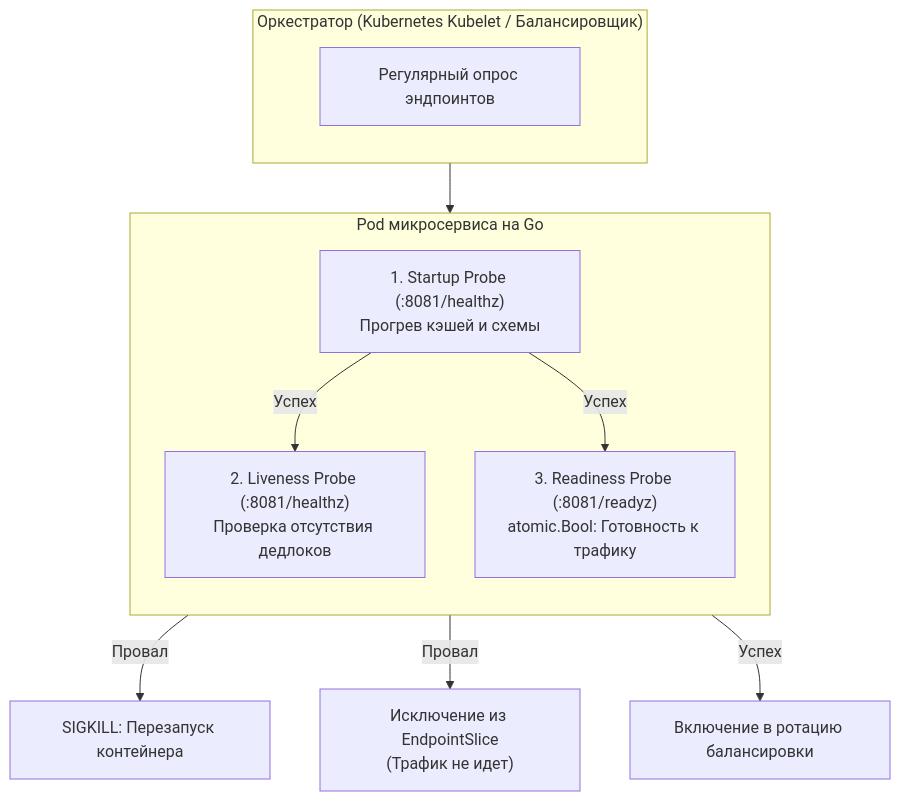
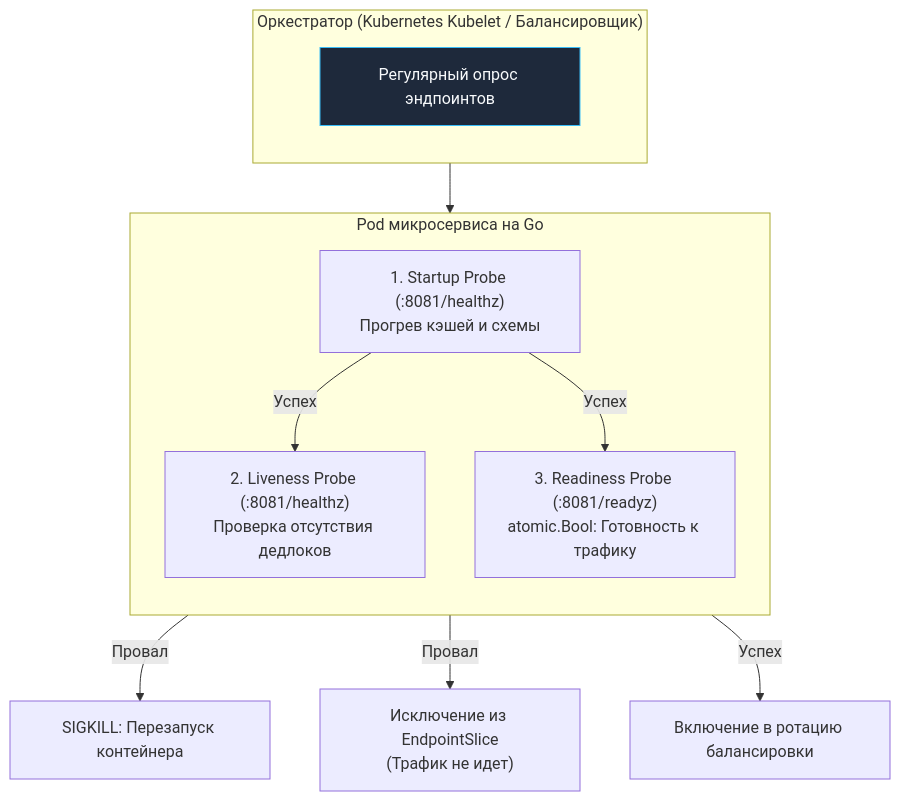
One commit to UnrealTemplier/go-textbook changed the first of 2 diagrams in sources/14. Распределенные системы на Go/05. Надежность/6. Health checks.md. Above: the diagram before and after it, drawn with Mermaid. The commit also changed other lines of this file and 1666 other files, not shown here.

First line of the commit message:
feat(mermaid): add semantic color classDef to 1369 colorless flowchart/graph diagrams

````diff
--- a/sources/14. Распределенные системы на Go/05. Надежность/6. Health checks.md
+++ b/sources/14. Распределенные системы на Go/05. Надежность/6. Health checks.md
@@ -13,22 +13,32 @@
 ```mermaid
 flowchart TD
+    classDef process  fill:#1e293b,stroke:#38bdf8,stroke-width:1px,color:#f8fafc
+    classDef success  fill:#064e3b,stroke:#34d399,stroke-width:1px,color:#f8fafc
+    classDef error    fill:#7f1d1d,stroke:#f87171,stroke-width:1px,color:#f8fafc
+    classDef warning  fill:#78350f,stroke:#fbbf24,stroke-width:1px,color:#f8fafc
+    classDef entry    fill:#1e3a5f,stroke:#38bdf8,stroke-width:2px,color:#f8fafc
+    classDef aux      fill:#334155,stroke:#64748b,stroke-width:1px,color:#f8fafc
+    classDef system   fill:#312e81,stroke:#a78bfa,stroke-width:1px,color:#f8fafc
+    classDef data     fill:#132d29,stroke:#2dd4bf,stroke-width:1px,color:#f8fafc
+    classDef network  fill:#881337,stroke:#fb7185,stroke-width:1px,color:#f8fafc
+    classDef accent   fill:#1e1b4b,stroke:#818cf8,stroke-width:1px,color:#f8fafc
     subgraph Orchestrator["Оркестратор (Kubernetes Kubelet / Балансировщик)"]
         direction TB
-        Probe["Регулярный опрос эндпоинтов"]
+        Probe["Регулярный опрос эндпоинтов"]:::process
     end
 
     subgraph ServicePod["Pod микросервиса на Go"]
         direction TB
         Startup["1. Startup Probe (:8081/healthz)<br/>Прогрев кэшей и схемы"]
         Liveness["2. Liveness Probe (:8081/healthz)<br/>Проверка отсутствия дедлоков"]
         Readiness["3. Readiness Probe (:8081/readyz)<br/>atomic.Bool: Готовность к трафику"]
     end
 
     Probe --> Startup
     Startup -->|Успех| Liveness
     Startup -->|Успех| Readiness
     
     Liveness -->|Провал| Kill["SIGKILL: Перезапуск контейнера"]
     Readiness -->|Провал| Remove["Исключение из EndpointSlice<br/>(Трафик не идет)"]
     Readiness -->|Успех| Serve["Включение в ротацию балансировки"]
 ```
````
